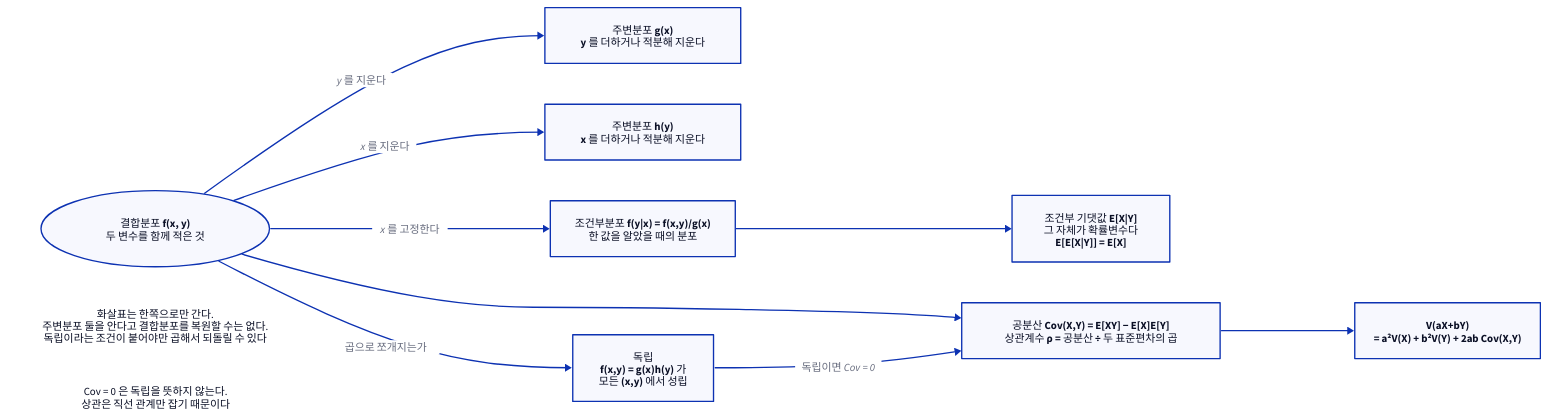
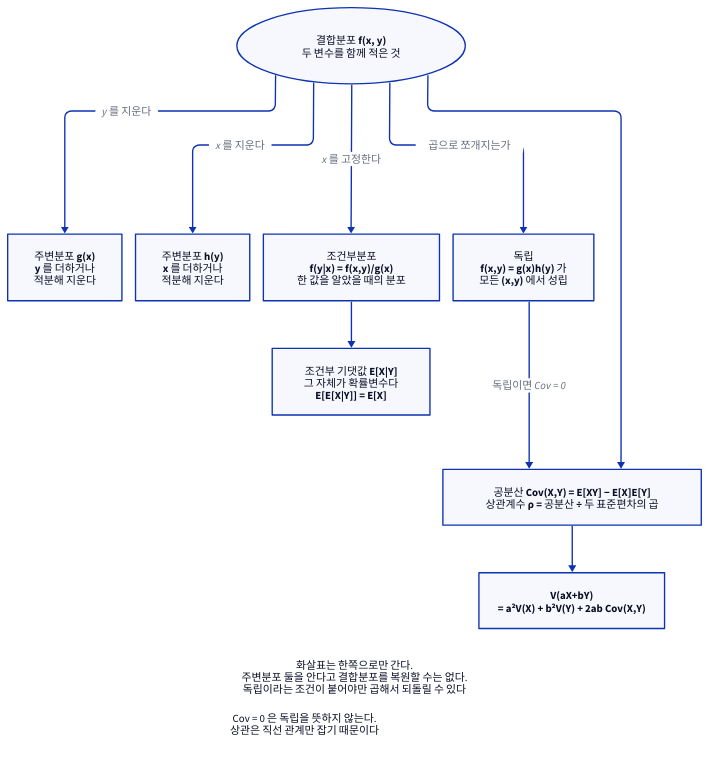
One commit to Dong-gi/Dong-gi.github.io changed the diagram in d2/statistics/st-b-joint-map.d2. Above: the diagram before and after it, drawn with D2. The commit also changed 295 other files, not shown here.

```diff
--- a/d2/statistics/st-b-joint-map.d2
+++ b/d2/statistics/st-b-joint-map.d2
@@ -1,36 +1,47 @@
 # 결합분포에서 갈라져 나오는 것들 — 6장(결합분포와 독립).
 #
 # 무엇을 읽어야 하나: 두 변수를 함께 적은 결합분포 하나에서 주변·조건부·독립·
 # 공분산이 모두 나온다. 화살표의 방향은 정보가 줄어드는 방향이다.
-direction: right
+vars: { d2-config: { layout-engine: elk } }
+direction: down
 
 결합: { label: "결합분포 f(x, y)\n두 변수를 함께 적은 것"; shape: oval; style.bold: true }
 
-주변X: { label: "주변분포 g(x)\ny 를 더하거나 적분해 지운다" }
-주변Y: { label: "주변분포 h(y)\nx 를 더하거나 적분해 지운다" }
+주변X: { label: "주변분포 g(x)\ny 를 더하거나\n적분해 지운다" }
+주변Y: { label: "주변분포 h(y)\nx 를 더하거나\n적분해 지운다" }
 
-조건부: { label: "조건부분포 f(y|x) = f(x,y)/g(x)\n한 값을 알았을 때의 분포" }
+조건부: { label: "조건부분포\nf(y|x) = f(x,y)/g(x)\n한 값을 알았을 때의 분포" }
 조건부기댓값: { label: "조건부 기댓값 E[X|Y]\n그 자체가 확률변수다\nE[E[X|Y]] = E[X]" }
 
 독립: { label: "독립\nf(x,y) = g(x)h(y) 가\n모든 (x,y) 에서 성립" }
 공분산: { label: "공분산 Cov(X,Y) = E[XY] − E[X]E[Y]\n상관계수 ρ = 공분산 ÷ 두 표준편차의 곱" }
 선형결합: { label: "V(aX+bY)\n= a²V(X) + b²V(Y) + 2ab Cov(X,Y)" }
 
 결합 -> 주변X: "y 를 지운다"
 결합 -> 주변Y: "x 를 지운다"
 결합 -> 조건부: "x 를 고정한다"
 조건부 -> 조건부기댓값
 결합 -> 독립: "곱으로 쪼개지는가"
 결합 -> 공분산
 공분산 -> 선형결합
 독립 -> 공분산: "독립이면 Cov = 0"
 
-메모: {
-  label: "화살표는 한쪽으로만 간다.\n주변분포 둘을 안다고 결합분포를 복원할 수는 없다.\n독립이라는 조건이 붙어야만 곱해서 되돌릴 수 있다"
-  shape: text
+# 글상자는 그림 아래에 차례로 쌓는다(옆에 두면 폭이 몇 배가 된다).
+주석: {
+  label: ""
+  near: bottom-center
+  grid-columns: 1
+  grid-gap: 24
+  style.stroke: transparent
+  style.fill: transparent
+
+  메모: {
+    label: "화살표는 한쪽으로만 간다.\n주변분포 둘을 안다고 결합분포를 복원할 수는 없다.\n독립이라는 조건이 붙어야만 곱해서 되돌릴 수 있다"
+    shape: text
+  }
+
+  주의: {
+    label: "Cov = 0 은 독립을 뜻하지 않는다.\n상관은 직선 관계만 잡기 때문이다"
+    shape: text
+  }
 }
-
-주의: {
-  label: "Cov = 0 은 독립을 뜻하지 않는다.\n상관은 직선 관계만 잡기 때문이다"
-  shape: text
-}
```
